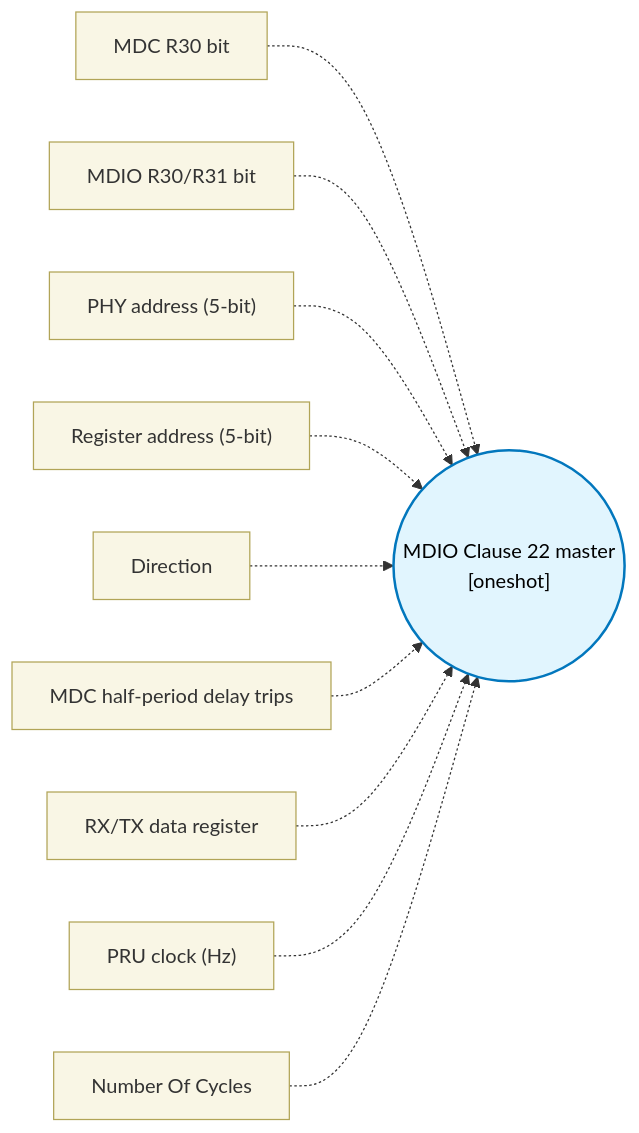
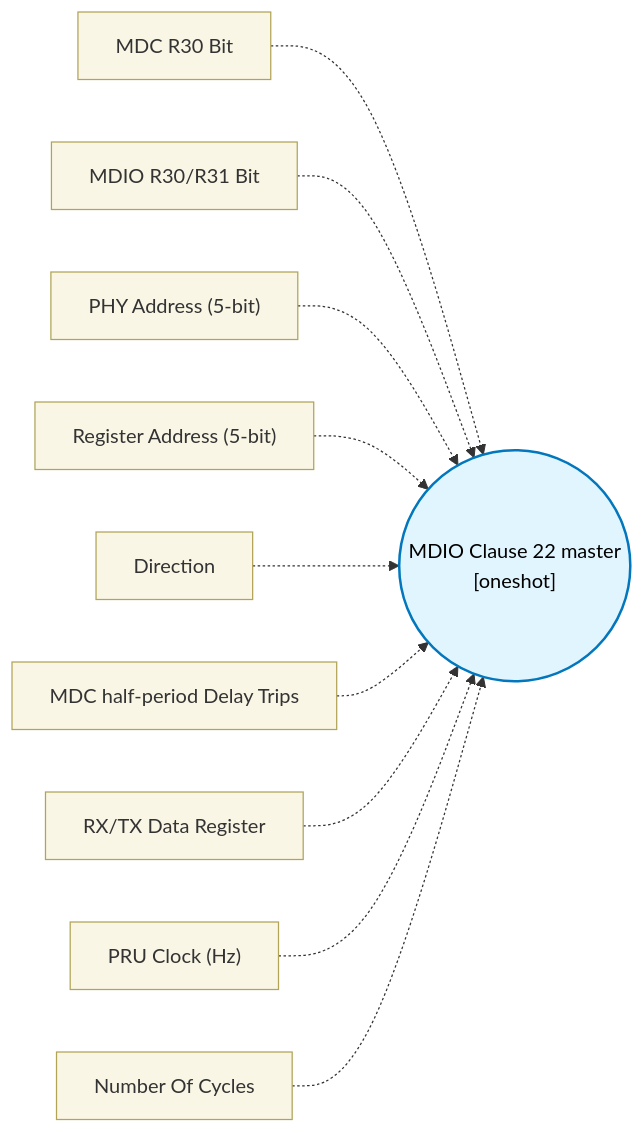
Before and after one commit to TexasInstruments/pru-no-code-tool: the diagram in docs/block-reference/blocks/mdio_master_block/design.md, drawn with Mermaid. The commit also changed other lines of this file and 89 other files, not shown here.

````diff
--- a/docs/block-reference/blocks/mdio_master_block/design.md
+++ b/docs/block-reference/blocks/mdio_master_block/design.md
@@ -17,15 +17,15 @@
 ```mermaid
 flowchart LR
   classDef config fill:#f9f6e5,stroke:#b1a457,stroke-width:1px,color:#333;
   classDef core fill:#e1f5fe,stroke:#0277bd,stroke-width:2px,color:#000;
   CORE(("MDIO Clause 22 master\n[oneshot]")):::core
-  CFG0["MDC R30 bit"]:::config -.-> CORE
-  CFG1["MDIO R30/R31 bit"]:::config -.-> CORE
-  CFG2["PHY address (5-bit)"]:::config -.-> CORE
-  CFG3["Register address (5-bit)"]:::config -.-> CORE
+  CFG0["MDC R30 Bit"]:::config -.-> CORE
+  CFG1["MDIO R30/R31 Bit"]:::config -.-> CORE
+  CFG2["PHY Address (5-bit)"]:::config -.-> CORE
+  CFG3["Register Address (5-bit)"]:::config -.-> CORE
   CFG4["Direction"]:::config -.-> CORE
-  CFG5["MDC half-period delay trips"]:::config -.-> CORE
-  CFG6["RX/TX data register"]:::config -.-> CORE
-  CFG7["PRU clock (Hz)"]:::config -.-> CORE
+  CFG5["MDC half-period Delay Trips"]:::config -.-> CORE
+  CFG6["RX/TX Data Register"]:::config -.-> CORE
+  CFG7["PRU Clock (Hz)"]:::config -.-> CORE
   CFG8["Number Of Cycles"]:::config -.-> CORE
 ```
````
